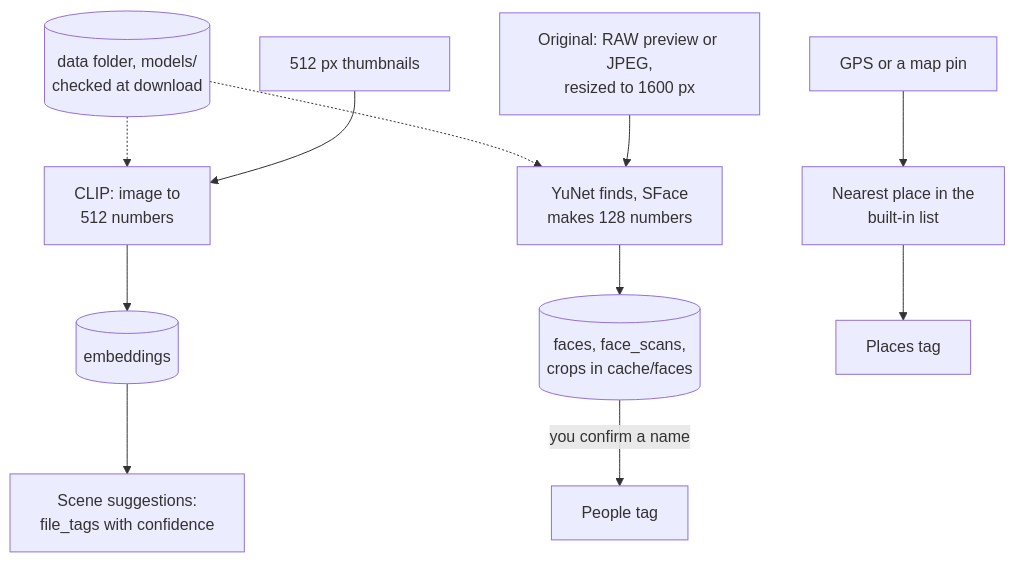
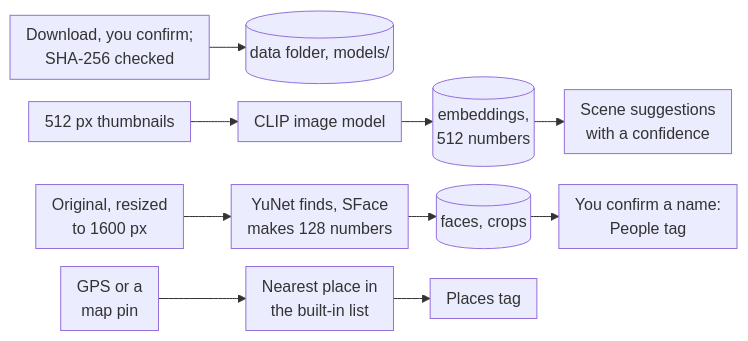
One commit to AxialForge/Lunelis changed diagram 13 of 14 in docs/src/dataflow-lunelis.md. Above: the diagram before and after it, drawn with Mermaid. The commit also changed other lines of this file and 3 other files, not shown here.

Commit message:
Kit: keep table header and last rows with their neighbours, taller figures, diagram and table guidance in the style guide

````diff
--- a/docs/src/dataflow-lunelis.md
+++ b/docs/src/dataflow-lunelis.md
@@ -500,13 +420,8 @@
 ```mermaid Recognition. Everything runs on the CPU in this process. Each path reads different pixels, and only names you confirm become tags.
-flowchart TD
-  M[("data folder, models/<br/>checked at download")] -.-> C
-  M -.-> F
-  T["512 px thumbnails"] --> C["CLIP: image to<br/>512 numbers"]
-  C --> E[("embeddings")]
-  E --> S["Scene suggestions:<br/>file_tags with confidence"]
-  O["Original: RAW preview or JPEG,<br/>resized to 1600 px"] --> F["YuNet finds, SFace<br/>makes 128 numbers"]
-  F --> FA[("faces, face_scans,<br/>crops in cache/faces")]
-  FA -- "you confirm a name" --> PT["People tag"]
-  G["GPS or a map pin"] --> PL["Nearest place in the<br/>built-in list"]
-  PL --> PT2["Places tag"]
+%%{init: {"flowchart": {"rankSpacing": 22, "nodeSpacing": 18, "padding": 8}}}%%
+flowchart LR
+  D["Download, you confirm;<br/>SHA-256 checked"] --> M[("data folder, models/")]
+  T["512 px thumbnails"] --> C["CLIP image model"] --> E[("embeddings,<br/>512 numbers")] --> S["Scene suggestions<br/>with a confidence"]
+  O["Original, resized<br/>to 1600 px"] --> F["YuNet finds, SFace<br/>makes 128 numbers"] --> FA[("faces, crops")] --> PT["You confirm a name:<br/>People tag"]
+  G["GPS or a<br/>map pin"] --> PL["Nearest place in<br/>the built-in list"] --> PT2["Places tag"]
 ```
````
